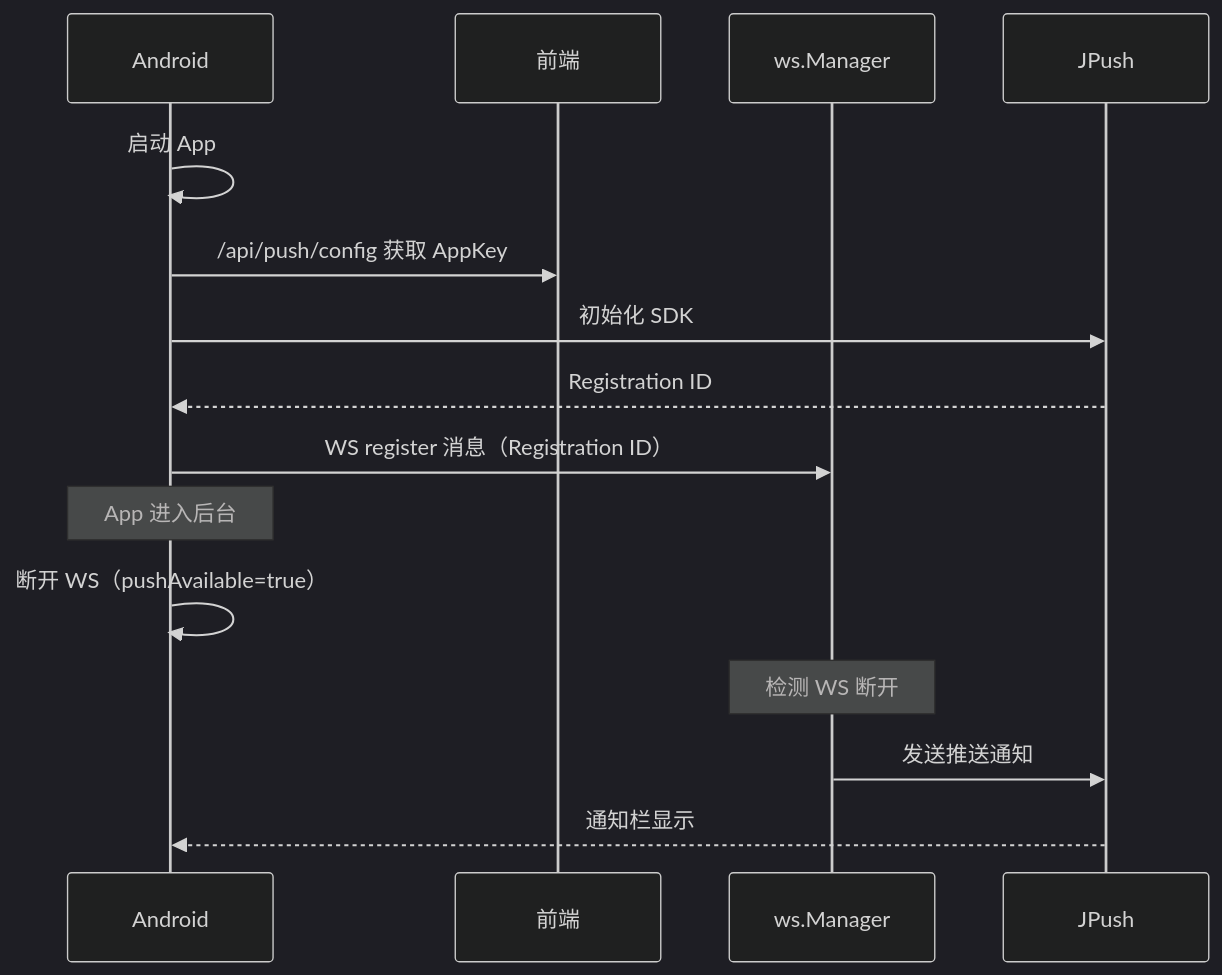
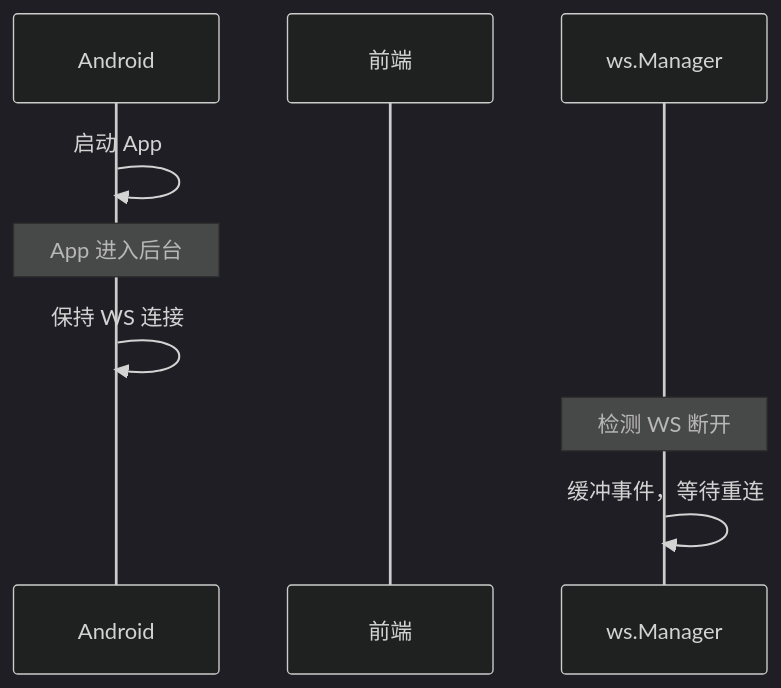
The second of 3 diagrams in docs/spec/features/push-notifications.md (ql-isaac/clawbench), drawn with Mermaid (dark theme) before and after one commit. The commit also changed other lines of this file and 281 other files, not shown here.

````diff
--- a/docs/spec/features/push-notifications.md
+++ b/docs/spec/features/push-notifications.md
@@ -23,18 +20,12 @@
 ```mermaid
 sequenceDiagram
     participant Android
     participant 前端
     participant ws.Manager
-    participant JPush
 
     Android->>Android: 启动 App
-    Android->>前端: /api/push/config 获取 AppKey
-    Android->>JPush: 初始化 SDK
-    JPush-->>Android: Registration ID
-    Android->>ws.Manager: WS register 消息（Registration ID）
     Note over Android: App 进入后台
-    Android->>Android: 断开 WS（pushAvailable=true）
+    Android->>Android: 保持 WS 连接
     Note over ws.Manager: 检测 WS 断开
-    ws.Manager->>JPush: 发送推送通知
-    JPush-->>Android: 通知栏显示
+    ws.Manager->>ws.Manager: 缓冲事件，等待重连
 ```
````
